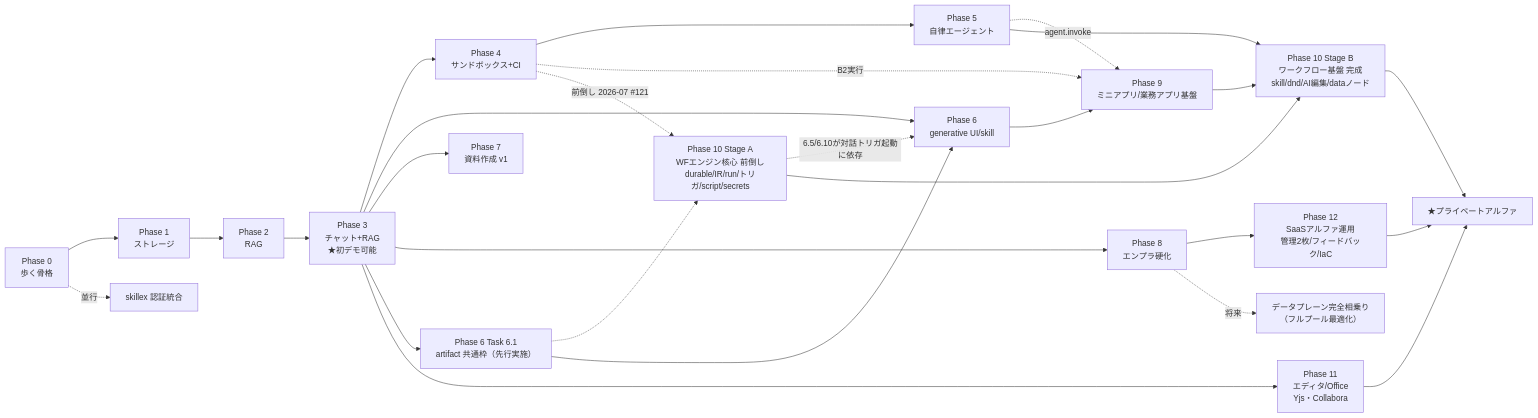
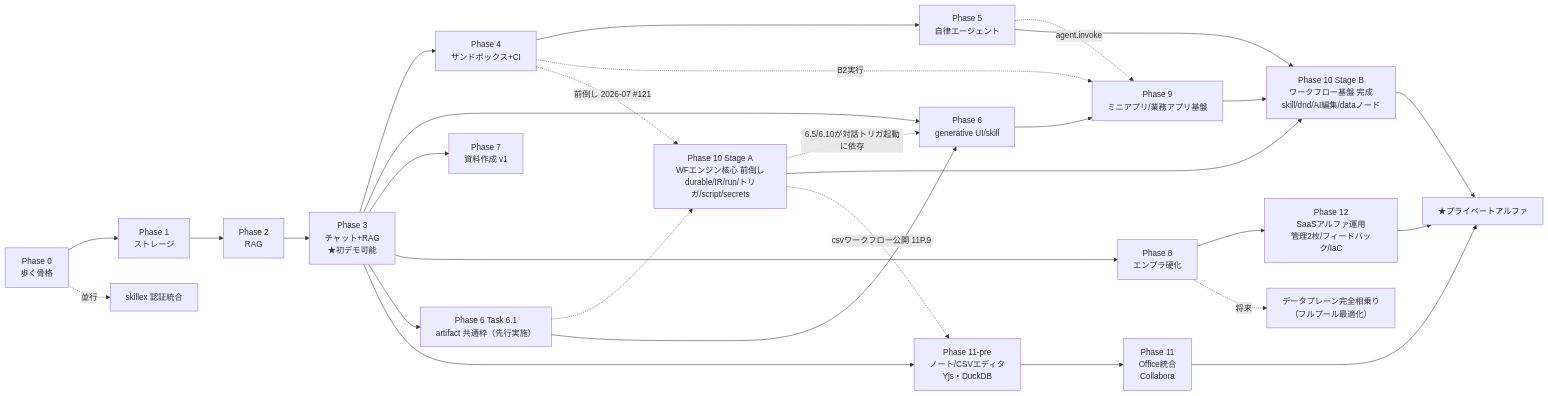
Before and after one commit to imanect-labs/shiki-platform: the diagram in docs/roadmap.md, drawn with Mermaid. The commit also changed other lines of this file and 5 other files, not shown here.

Commit message:
docs: Phase 11-pre（ノート md/CSV エディタ）を正本ドキュメントへ反映 (#235)

````diff
--- a/docs/roadmap.md
+++ b/docs/roadmap.md
@@ -18,29 +18,31 @@
 ```mermaid
 flowchart LR
   P0["Phase 0<br/>歩く骨格"] --> P1["Phase 1<br/>ストレージ"]
   P1 --> P2["Phase 2<br/>RAG"]
   P2 --> P3["Phase 3<br/>チャット+RAG<br/>★初デモ可能"]
   P3 --> P4["Phase 4<br/>サンドボックス+CI"]
   P4 --> P5["Phase 5<br/>自律エージェント"]
   P3 --> P6["Phase 6<br/>generative UI/skill"]
   P6 --> P9["Phase 9<br/>ミニアプリ/業務アプリ基盤"]
   P4 -.->|B2実行| P9
   P5 -.->|agent.invoke| P9
   P3 --> P7["Phase 7<br/>資料作成 v1"]
   P3 --> P8["Phase 8<br/>エンプラ硬化"]
   P4 -.->|前倒し 2026-07 #121| P10A["Phase 10 Stage A<br/>WFエンジン核心 前倒し<br/>durable/IR/run/トリガ/script/secrets"]
   P3 --> T61["Phase 6 Task 6.1<br/>artifact 共通枠（先行実施）"]
   T61 -.-> P10A
   T61 --> P6
   P10A -.->|6.5/6.10が対話トリガ起動に依存| P6
   P10A --> P10["Phase 10 Stage B<br/>ワークフロー基盤 完成<br/>skill/dnd/AI編集/dataノード"]
   P5 --> P10
   P9 --> P10
-  P3 --> P11["Phase 11<br/>エディタ/Office<br/>Yjs・Collabora"]
+  P3 --> P11P["Phase 11-pre<br/>ノート/CSVエディタ<br/>Yjs・DuckDB"]
+  P10A -.->|csvワークフロー公開 11P.9| P11P
+  P11P --> P11["Phase 11<br/>Office統合<br/>Collabora"]
   P8 --> P12["Phase 12<br/>SaaSアルファ運用<br/>管理2枚/フィードバック/IaC"]
   P10 --> ALPHA["★プライベートアルファ"]
   P11 --> ALPHA
   P12 --> ALPHA
   P0 -.->|並行| SK["skillex 認証統合"]
   P8 -.->|将来| FULLPOOL["データプレーン完全相乗り<br/>（フルプール最適化）"]
 ```
````
